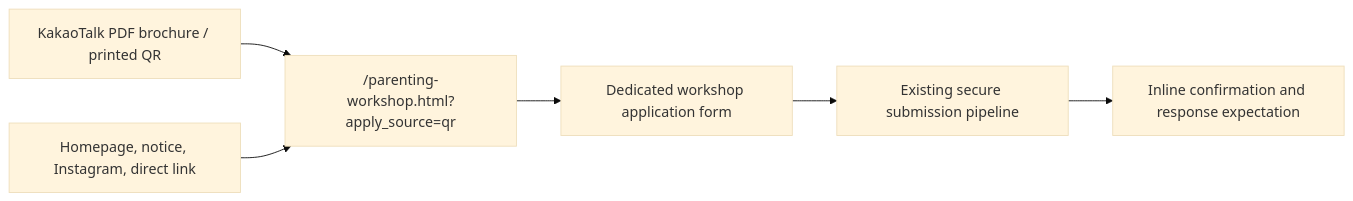
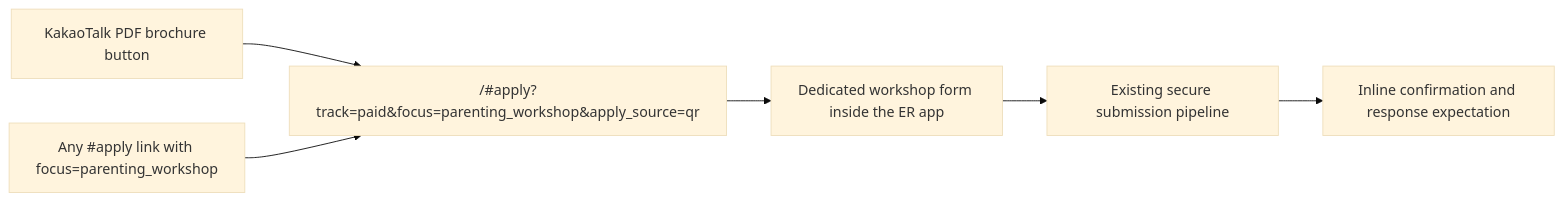
One commit to Jamiewsm/ER-Website changed the diagram in docs/superpowers/specs/2026-05-25-parenting-direct-application-design.md. Above: the diagram before and after it, drawn with Mermaid (base theme). The commit also changed other lines of this file and 1 other file, not shown here.

Commit message:
docs(parenting): target direct brochure button apply route

````diff
--- a/docs/superpowers/specs/2026-05-25-parenting-direct-application-design.md
+++ b/docs/superpowers/specs/2026-05-25-parenting-direct-application-design.md
@@ -44,8 +43,8 @@
 ```mermaid
 flowchart LR
-  A["KakaoTalk PDF brochure / printed QR"] --> B["/parenting-workshop.html?apply_source=qr"]
-  C["Homepage, notice, Instagram, direct link"] --> B
-  B --> D["Dedicated workshop application form"]
+  A["KakaoTalk PDF brochure button"] --> B["/#apply?track=paid&focus=parenting_workshop&apply_source=qr"]
+  C["Any #apply link with focus=parenting_workshop"] --> B
+  B --> D["Dedicated workshop form inside the ER app"]
   D --> E["Existing secure submission pipeline"]
   E --> F["Inline confirmation and response expectation"]
 ```
````
